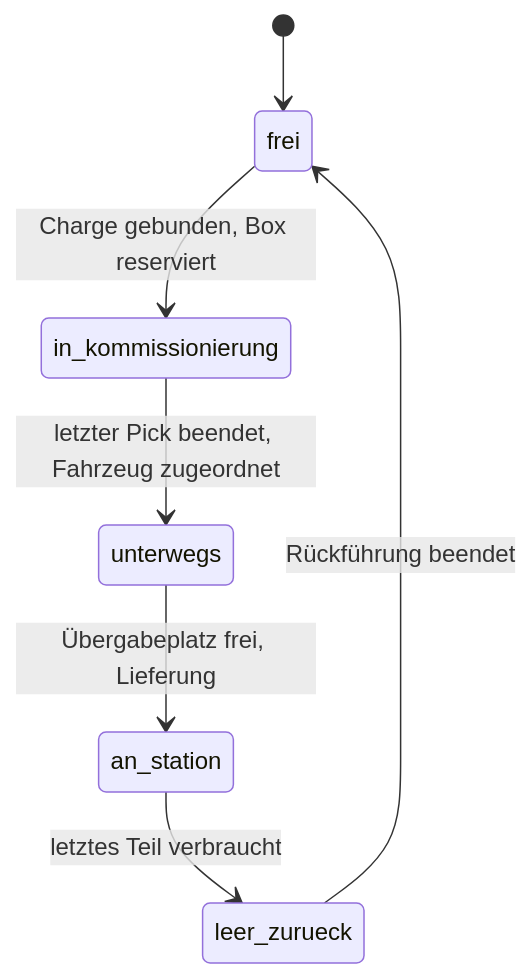
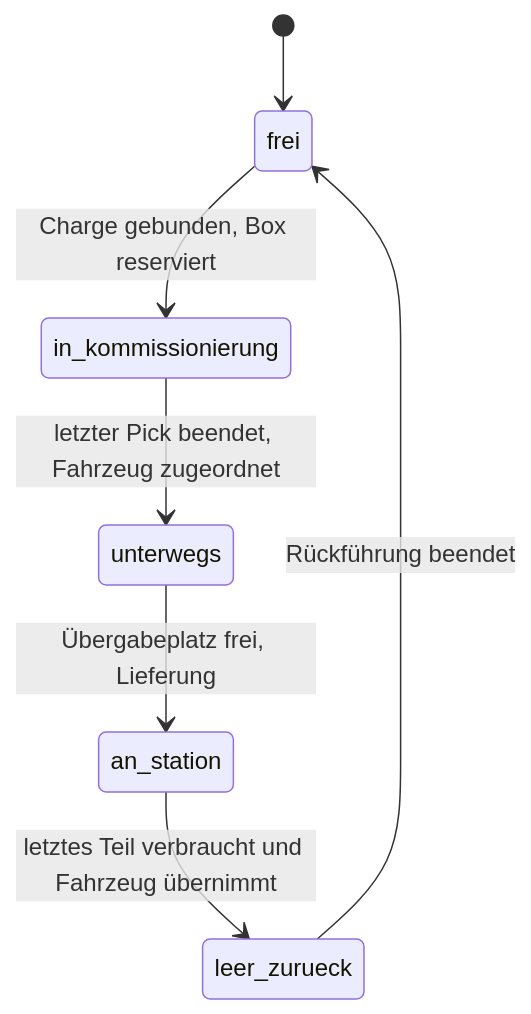
One commit to ProfReusch2026PPS/Team-A-transportlosgroessen-materialversorgung changed the second of 3 diagrams in projekt/logikstruktur.md. Above: the diagram before and after it, drawn with Mermaid. The commit also changed other lines of this file and 6 other files, not shown here.

````diff
--- a/projekt/logikstruktur.md
+++ b/projekt/logikstruktur.md
@@ -53,9 +54,9 @@
 ```mermaid
 stateDiagram-v2
   [*] --> frei
   frei --> in_kommissionierung: Charge gebunden, Box reserviert
   in_kommissionierung --> unterwegs: letzter Pick beendet, Fahrzeug zugeordnet
   unterwegs --> an_station: Übergabeplatz frei, Lieferung
-  an_station --> leer_zurueck: letztes Teil verbraucht
+  an_station --> leer_zurueck: letztes Teil verbraucht und Fahrzeug übernimmt
   leer_zurueck --> frei: Rückführung beendet
 ```
````
